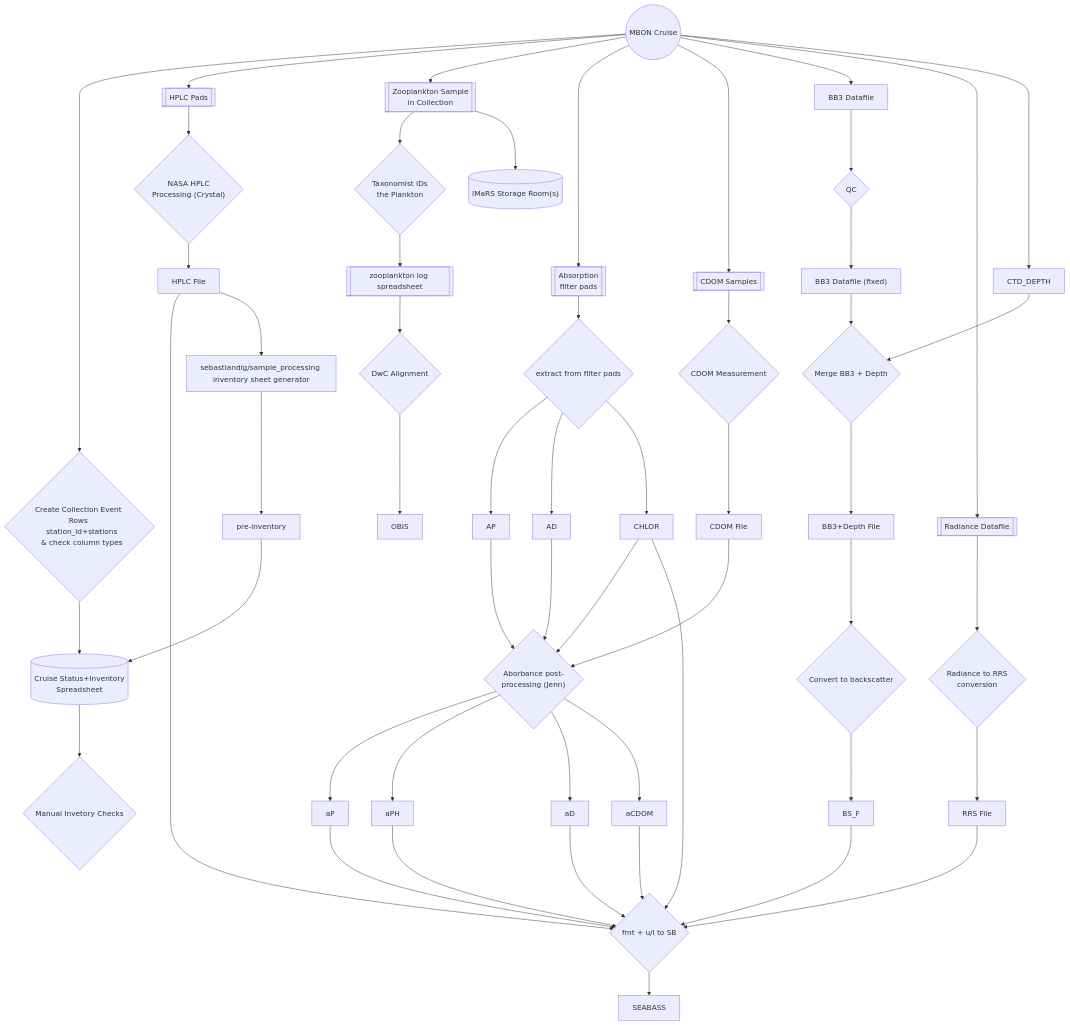
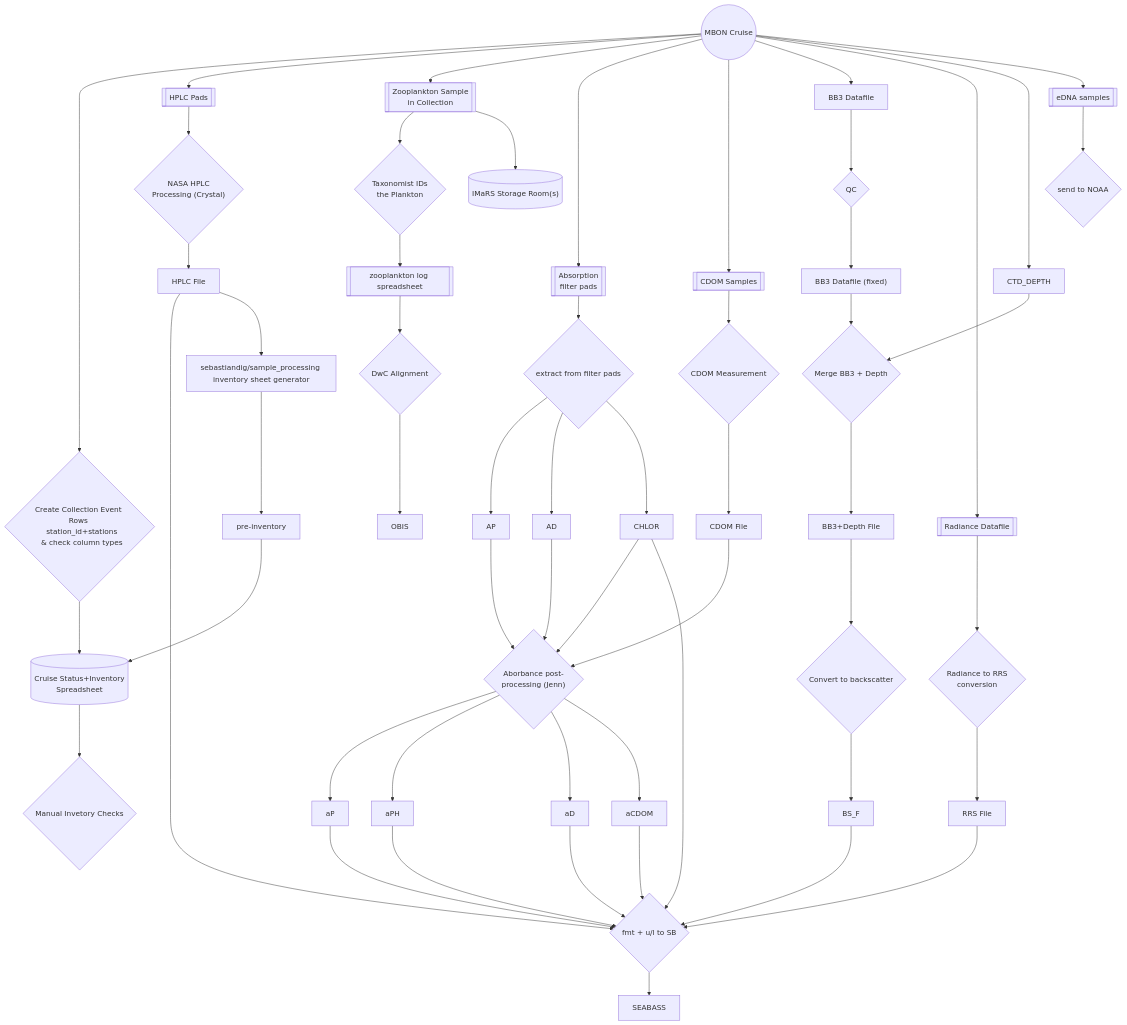
The diagram in raw_data_collection_event_types/MBON_cruises/README.md (USF-IMARS/data-docs), drawn with Mermaid before and after one commit.

```diff
--- a/raw_data_collection_event_types/MBON_cruises/README.md
+++ b/raw_data_collection_event_types/MBON_cruises/README.md
@@ -51,6 +51,11 @@
 CRUISE --> BB3[BB3 Datafile]
 CRUISE --> RAD[[Radiance Datafile]]
 CRUISE --> CTD_DEPTH
+CRUISE --> eDNA
+
+%% === eDNA pipeline
+eDNA[[eDNA samples]]
+--> NOAA{send to NOAA}
 
 %% === BB3 Pipeline
 BB3 --> BB3_QC{"QC"}
```
